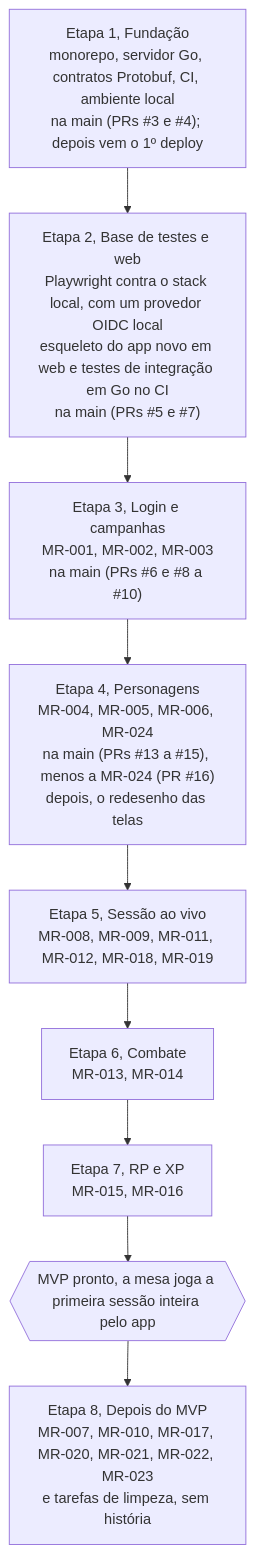
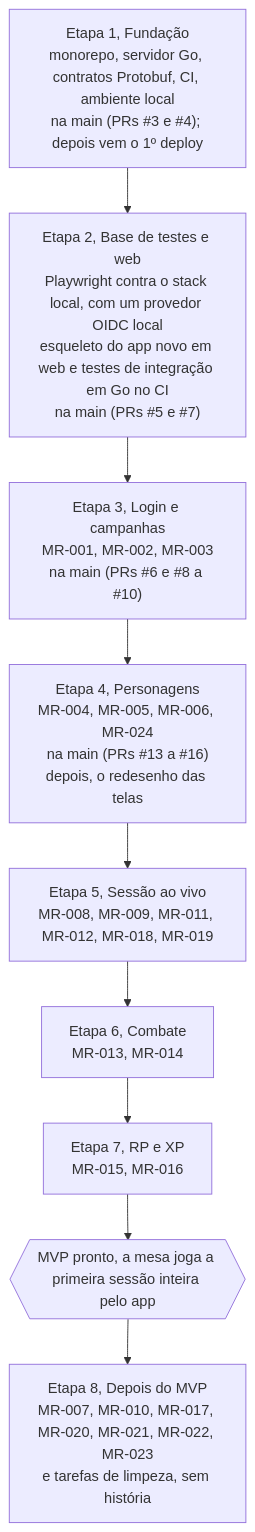
The diagram in docs/roadmap.md (PuraFome/meuRPG), drawn with Mermaid before and after one commit. The commit also changed other lines of this file, not shown here.

Commit message:
docs(roadmap): all of Etapa 4 is on main
PR #16 (MR-024) was merged on 30/09/2026.

Claude-Session: https://claude.ai/code/session_01Seit6LBSkxQn8g3dqupMEM

````diff
--- a/docs/roadmap.md
+++ b/docs/roadmap.md
@@ -5,14 +5,14 @@
 ```mermaid
 flowchart TD
     E1["Etapa 1, Fundação<br/>monorepo, servidor Go, contratos Protobuf, CI, ambiente local<br/>na main (PRs #3 e #4); depois vem o 1º deploy"]
     E2["Etapa 2, Base de testes e web<br/>Playwright contra o stack local, com um provedor OIDC local<br/>esqueleto do app novo em web e testes de integração em Go no CI<br/>na main (PRs #5 e #7)"]
     E3["Etapa 3, Login e campanhas<br/>MR-001, MR-002, MR-003<br/>na main (PRs #6 e #8 a #10)"]
-    E4["Etapa 4, Personagens<br/>MR-004, MR-005, MR-006, MR-024<br/>na main (PRs #13 a #15), menos a MR-024 (PR #16)<br/>depois, o redesenho das telas"]
+    E4["Etapa 4, Personagens<br/>MR-004, MR-005, MR-006, MR-024<br/>na main (PRs #13 a #16)<br/>depois, o redesenho das telas"]
     E5["Etapa 5, Sessão ao vivo<br/>MR-008, MR-009, MR-011, MR-012, MR-018, MR-019"]
     E6["Etapa 6, Combate<br/>MR-013, MR-014"]
     E7["Etapa 7, RP e XP<br/>MR-015, MR-016"]
     MVP{{"MVP pronto, a mesa joga a primeira sessão inteira pelo app"}}
     E8["Etapa 8, Depois do MVP<br/>MR-007, MR-010, MR-017, MR-020, MR-021, MR-022, MR-023<br/>e tarefas de limpeza, sem história"]
 
     E1 --> E2 --> E3 --> E4 --> E5 --> E6 --> E7 --> MVP --> E8
 ```
````
